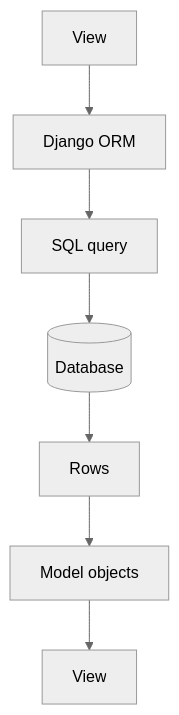
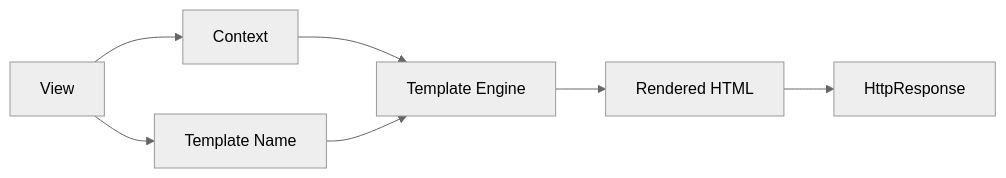
The sixth of 9 diagrams in src/content/django/mtv-request-response-cycle.md (AvadhBhalodiya/Interview-Preparation), drawn with Mermaid (neutral theme) before and after one commit. The commit also changed other lines of this file and 80 other files, not shown here.

````diff
--- a/src/content/django/mtv-request-response-cycle.md
+++ b/src/content/django/mtv-request-response-cycle.md
@@ -627,9 +652,9 @@
 ```mermaid
-flowchart TD
-    A[View] --> B[Django ORM]
-    B --> C[SQL query]
-    C --> D[(Database)]
-    D --> E[Rows]
-    E --> F[Model objects]
-    F --> G[View]
+flowchart LR
+    View --> Context[Context]
+    View --> Template[Template Name]
+    Context --> Engine[Template Engine]
+    Template --> Engine
+    Engine --> HTML[Rendered HTML]
+    HTML --> Response[HttpResponse]
 ```
````
